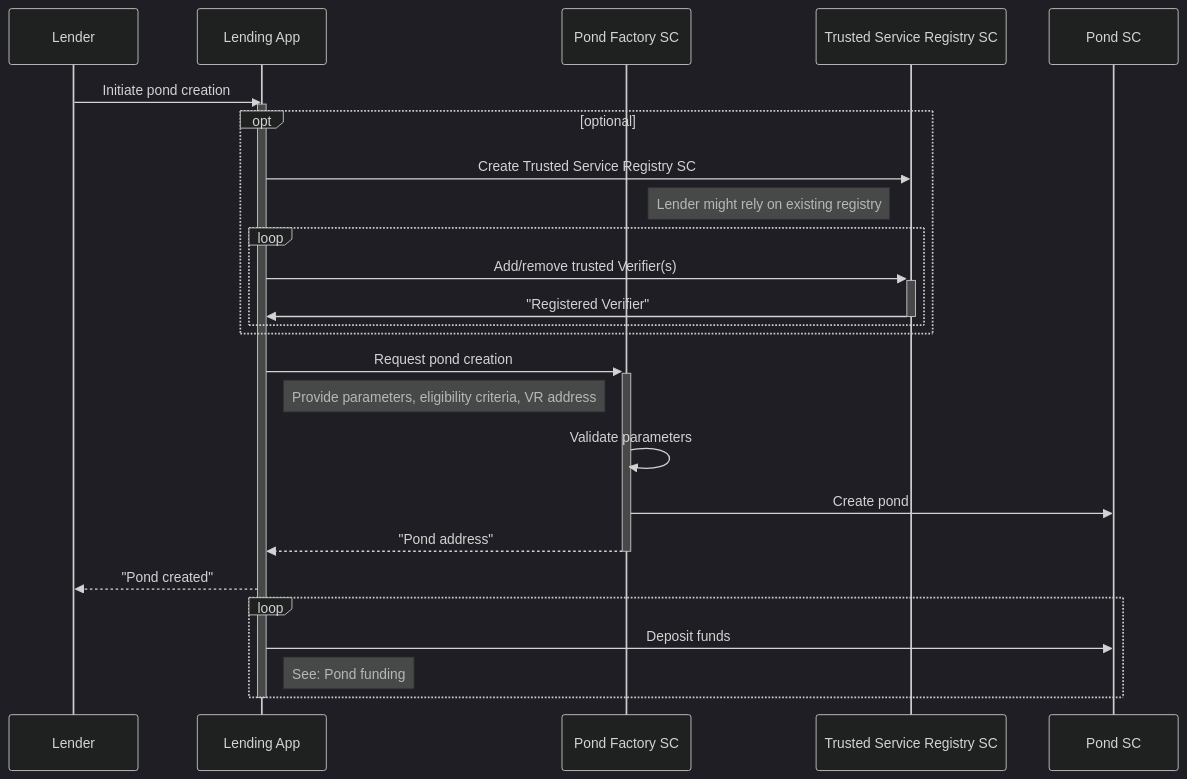
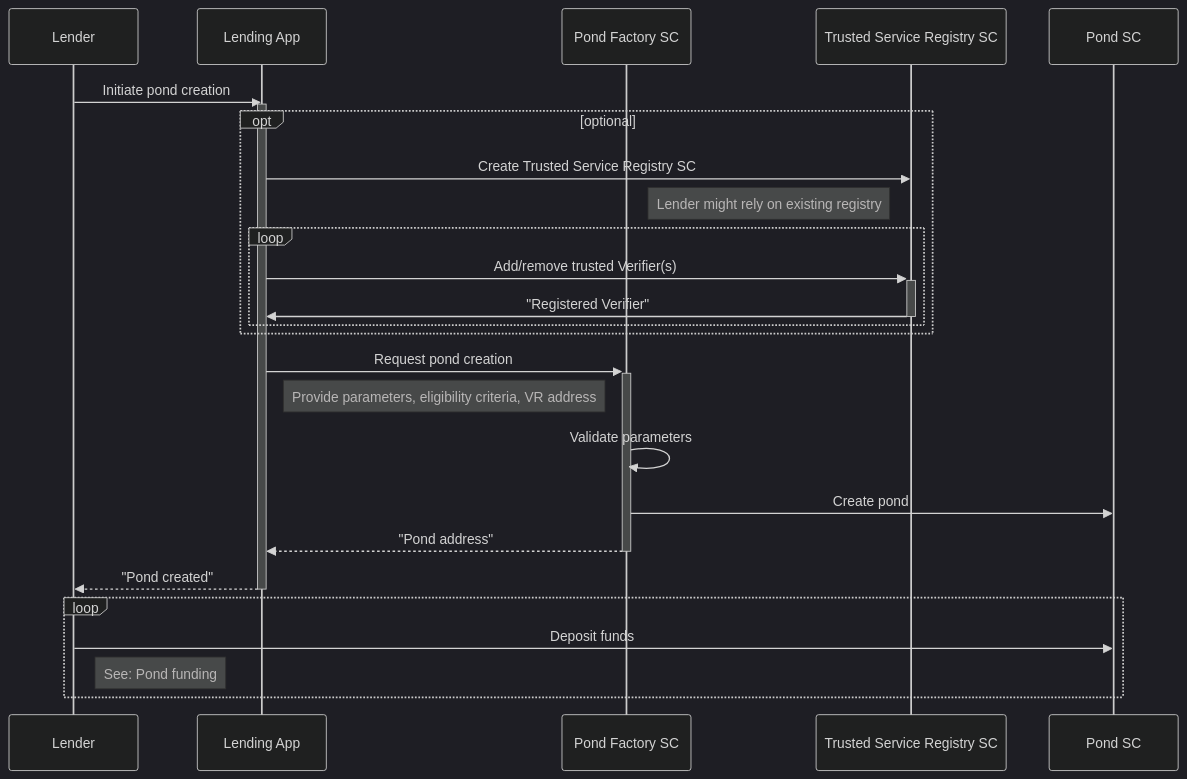
One commit to growr-xyz/growr-documentation changed the first of 2 diagrams in layer-liquidity/1-Pond-Creation.md. Above: the diagram before and after it, drawn with Mermaid (dark theme). The commit also changed other lines of this file and 9 other files, not shown here.

````diff
--- a/layer-liquidity/1-Pond-Creation.md
+++ b/layer-liquidity/1-Pond-Creation.md
@@ -5,28 +5,28 @@
 ```mermaid
 sequenceDiagram
     participant Lender
     participant Lending App
     participant Pond Factory SC
     participant Trusted Service Registry SC
     Lender->>Lending App: Initiate pond creation
     activate Lending App
     opt optional
         Lending App->>Trusted Service Registry SC: Create Trusted Service Registry SC
         Note left of Trusted Service Registry SC: Lender might rely on existing registry
         loop
             Lending App->>+Trusted Service Registry SC: Add/remove trusted Verifier(s)
             Trusted Service Registry SC->>-Lending App: "Registered Verifier"
         end
     end
     Lending App->>+Pond Factory SC: Request pond creation
     Note right of Lending App: Provide parameters, eligibility criteria, VR address
     Pond Factory SC->>Pond Factory SC: Validate parameters
     Pond Factory SC->>Pond SC: Create pond
     Pond Factory SC-->>-Lending App: "Pond address"
     Lending App-->>Lender: "Pond created"
+    deactivate Lending App
     loop
-        Lending App->>Pond SC: Deposit funds
-        Note right of Lending App: See: Pond funding
+        Lender->>Pond SC: Deposit funds
+        Note right of Lender: See: Pond funding
     end
-    deactivate Lending App
 ```
````
